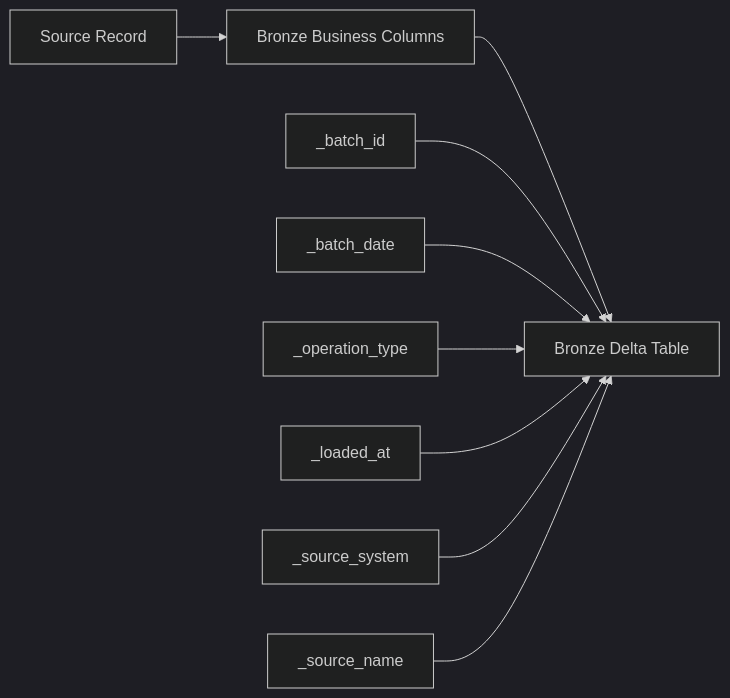
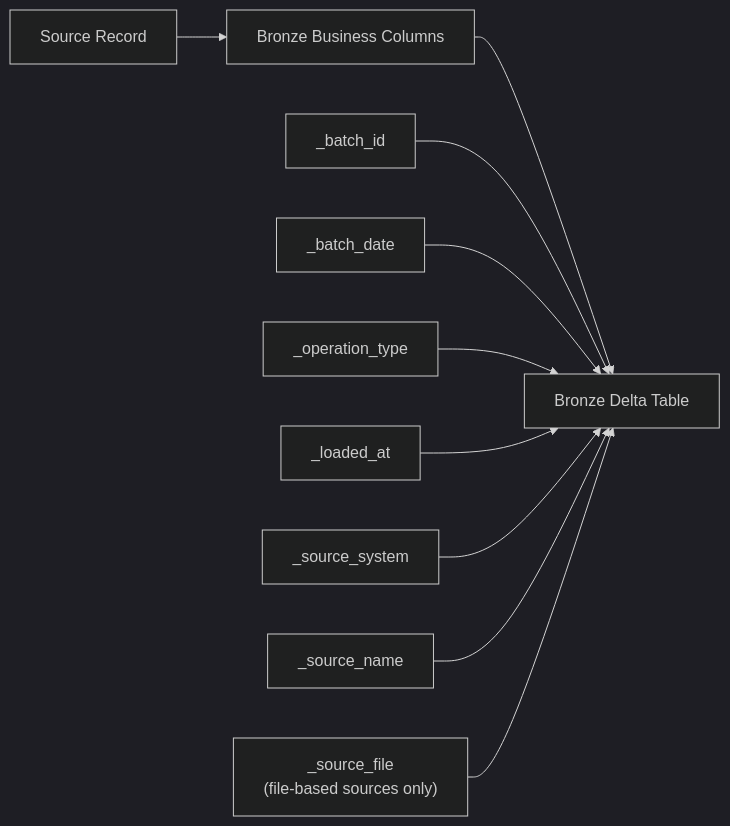
The second of 2 diagrams in docs/source-to-target-mapping/source-to-bronze-mapping.md (anhtnt90dev/rookies-data-dn-2026), drawn with Mermaid (dark theme) before and after one commit. The commit also changed other lines of this file, not shown here.

Commit message:
docs: document _source_file metadata for file-based sources

````diff
--- a/docs/source-to-target-mapping/source-to-bronze-mapping.md
+++ b/docs/source-to-target-mapping/source-to-bronze-mapping.md
@@ -57,17 +57,19 @@
 ```mermaid
 flowchart LR
     SRC["Source Record"] --> RAW["Bronze Business Columns"]
     BID["_batch_id"]
     BD["_batch_date"]
     OP["_operation_type"]
     LAT["_loaded_at"]
     SS["_source_system"]
     SN["_source_name"]
+    SF["_source_file<br/>(file-based sources only)"]
     RAW --> BRZ["Bronze Delta Table"]
     BID --> BRZ
     BD --> BRZ
     OP --> BRZ
     LAT --> BRZ
     SS --> BRZ
     SN --> BRZ
+    SF --> BRZ
 ```
````
